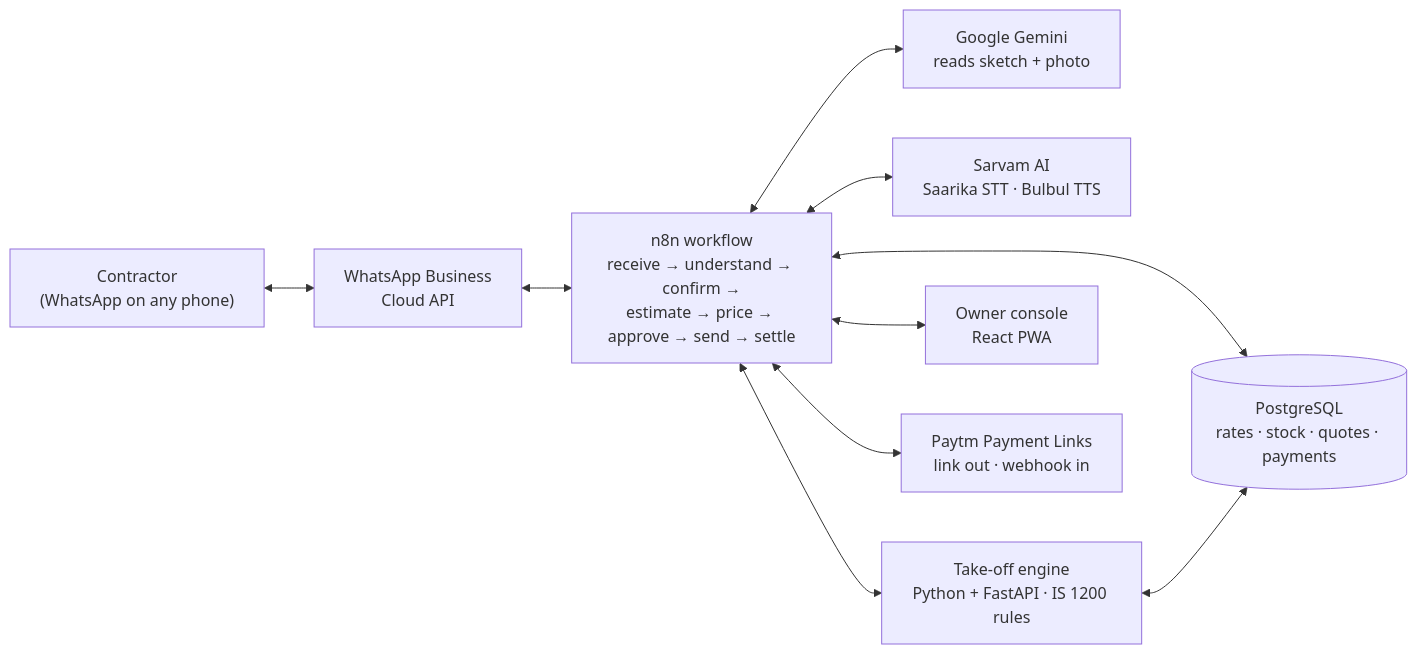
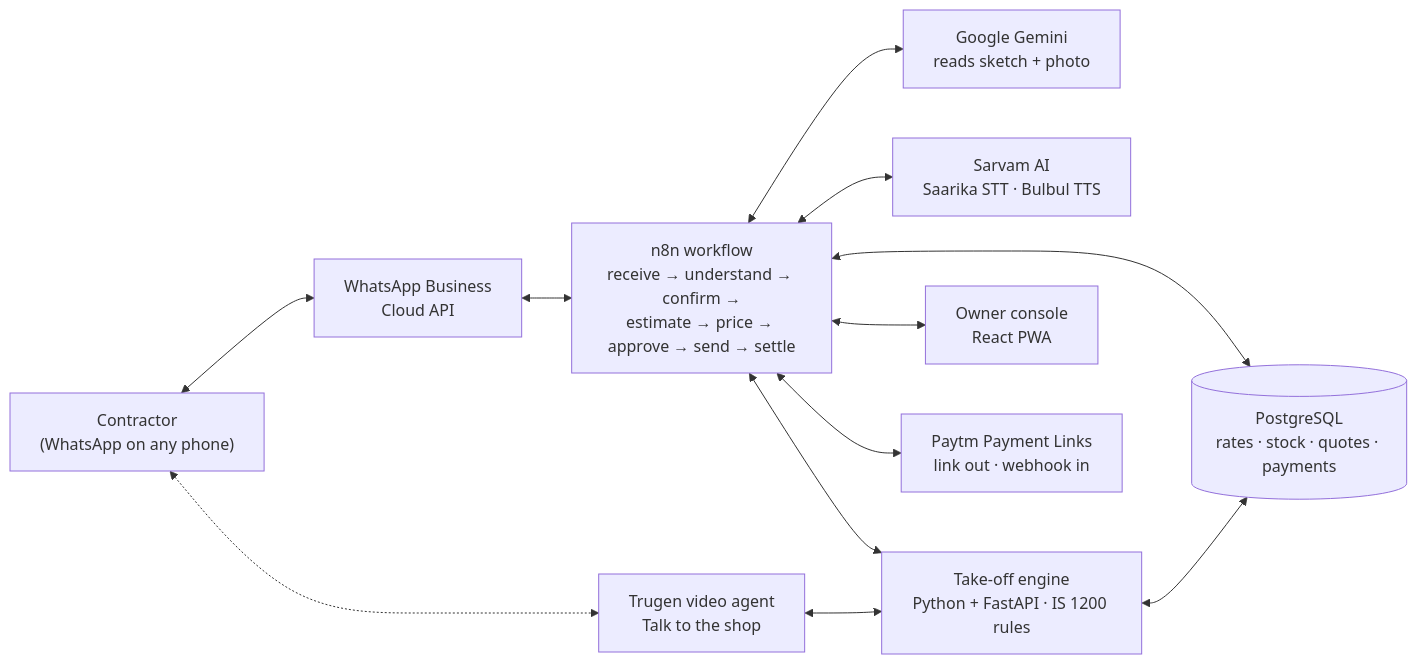
One commit to Bhaskar-kumar-arya/nakshe changed the first of 3 diagrams in README.md. Above: the diagram before and after it, drawn with Mermaid. The commit also changed other lines of this file, not shown here.

Commit message:
Add Talk to the shop: Trugen video agent

````diff
--- a/README.md
+++ b/README.md
@@ -64,12 +65,14 @@
 ```mermaid
 flowchart LR
     C["Contractor<br/>(WhatsApp on any phone)"] <--> WA["WhatsApp Business<br/>Cloud API"]
     WA <--> N8N["n8n workflow<br/>receive → understand → confirm →<br/>estimate → price → approve → send → settle"]
     N8N <--> GEM["Google Gemini<br/>reads sketch + photo"]
     N8N <--> SAR["Sarvam AI<br/>Saarika STT · Bulbul TTS"]
     N8N <--> ENG["Take-off engine<br/>Python + FastAPI · IS 1200 rules"]
     N8N <--> DB[("PostgreSQL<br/>rates · stock · quotes · payments")]
     N8N <--> OWN["Owner console<br/>React PWA"]
     N8N <--> PAY["Paytm Payment Links<br/>link out · webhook in"]
+    C <-.-> TRU["Trugen video agent<br/>Talk to the shop"]
+    TRU <--> ENG
     ENG <--> DB
 ```
````
